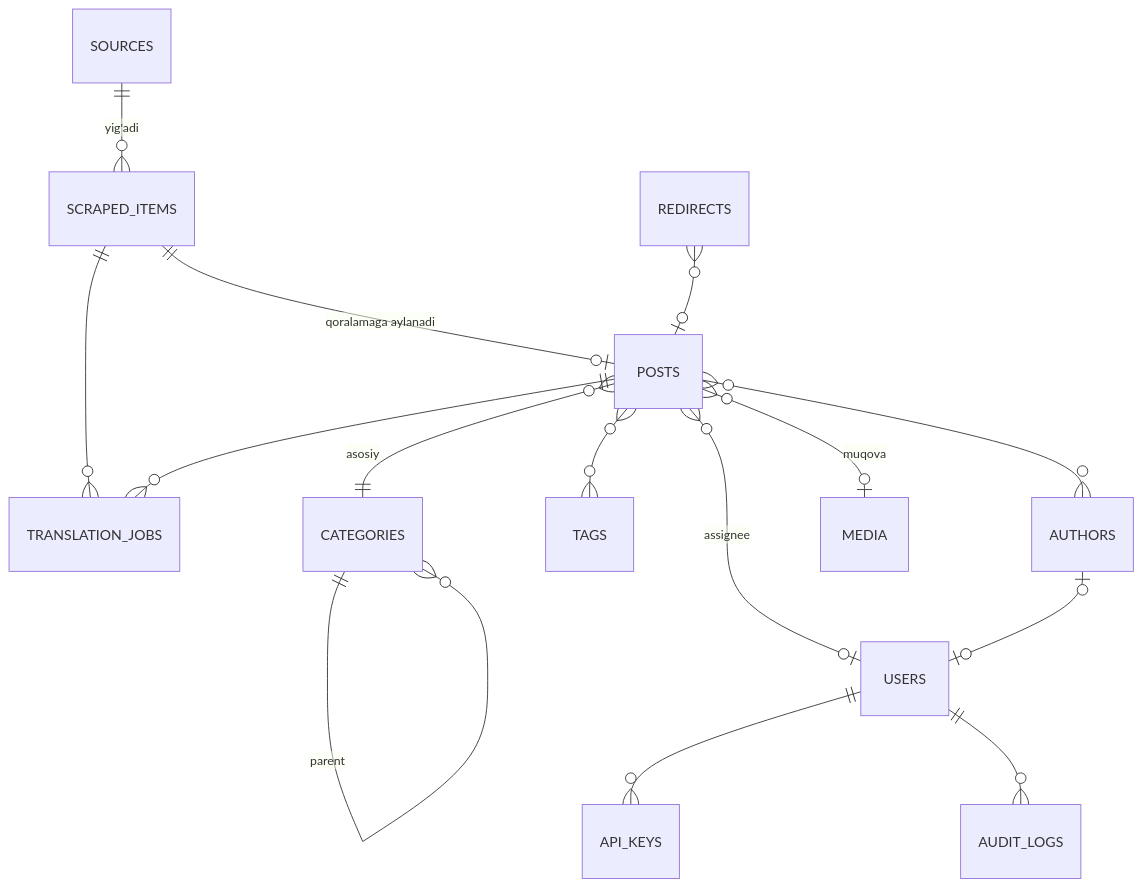
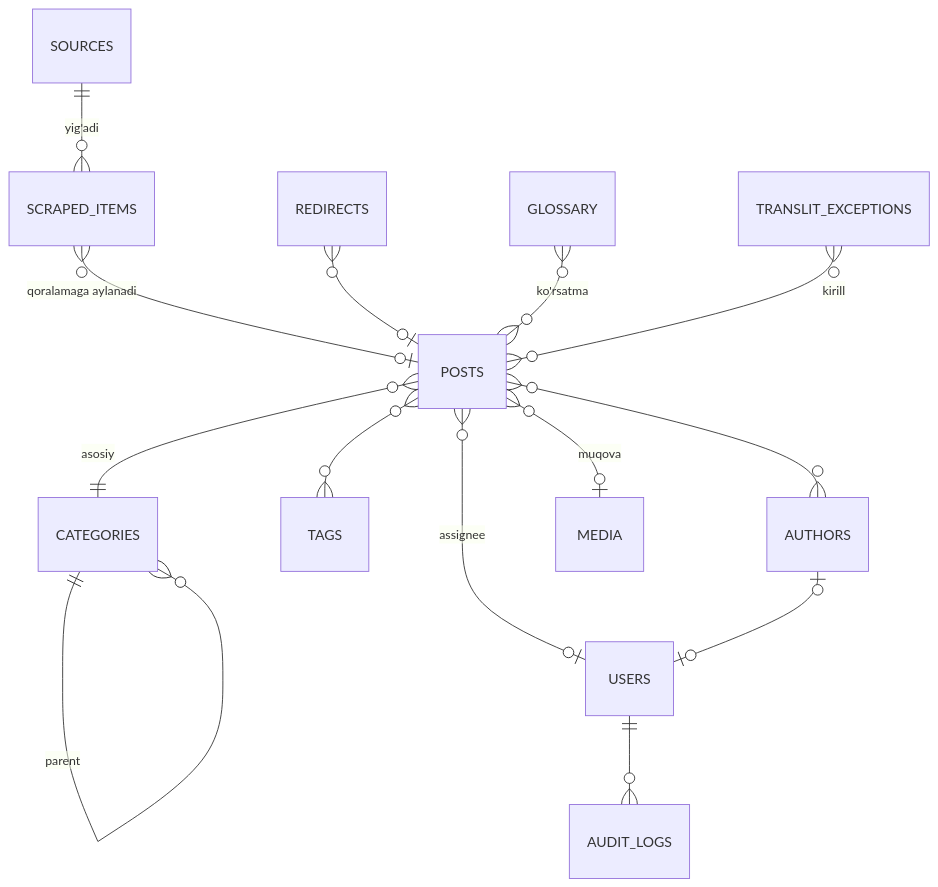
The third of 3 diagrams in docs/TZ.md (Odya-LLC/blog_odya), drawn with Mermaid before and after one commit. The commit also changed other lines of this file and 3 other files, not shown here.

````diff
--- a/docs/TZ.md
+++ b/docs/TZ.md
@@ -632,17 +715,16 @@
 ```mermaid
 erDiagram
     SOURCES ||--o{ SCRAPED_ITEMS : "yig'adi"
-    SCRAPED_ITEMS ||--o| POSTS : "qoralamaga aylanadi"
-    SCRAPED_ITEMS ||--o{ TRANSLATION_JOBS : ""
-    POSTS ||--o{ TRANSLATION_JOBS : ""
+    SCRAPED_ITEMS }o--o| POSTS : "qoralamaga aylanadi"
     POSTS }o--|| CATEGORIES : "asosiy"
     POSTS }o--o{ TAGS : ""
     POSTS }o--o{ AUTHORS : ""
     POSTS }o--o| MEDIA : "muqova"
     POSTS }o--o| USERS : "assignee"
     AUTHORS |o--o| USERS : ""
-    USERS ||--o{ API_KEYS : ""
     USERS ||--o{ AUDIT_LOGS : ""
     CATEGORIES ||--o{ CATEGORIES : "parent"
     REDIRECTS }o--o| POSTS : ""
+    GLOSSARY }o--o{ POSTS : "ko'rsatma"
+    TRANSLIT_EXCEPTIONS }o--o{ POSTS : "kirill"
 ```
````
